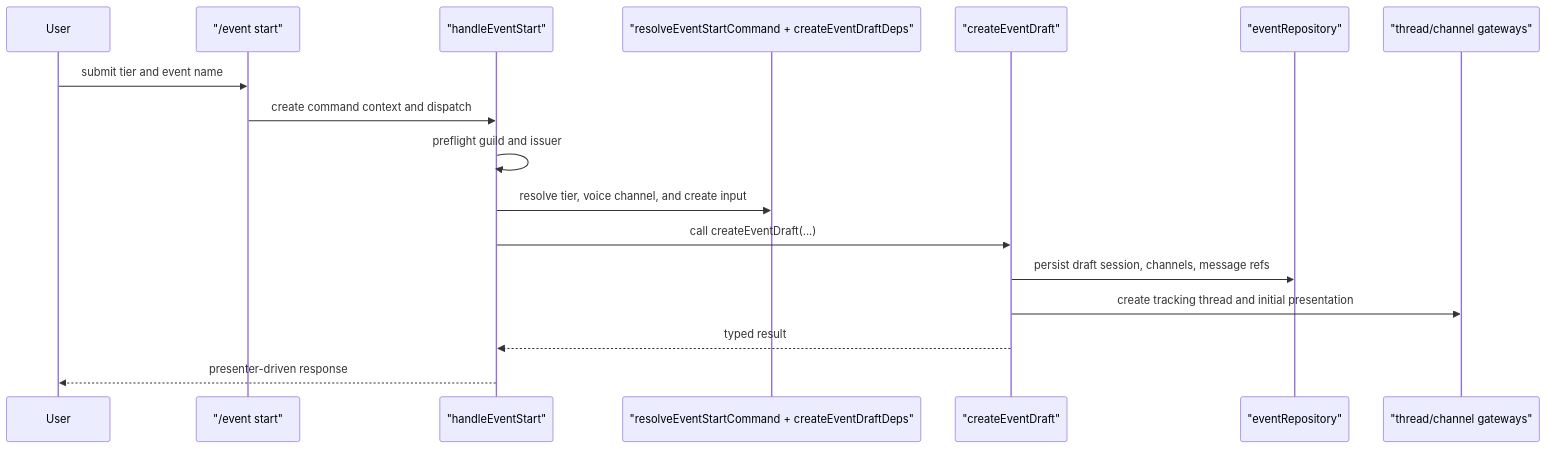
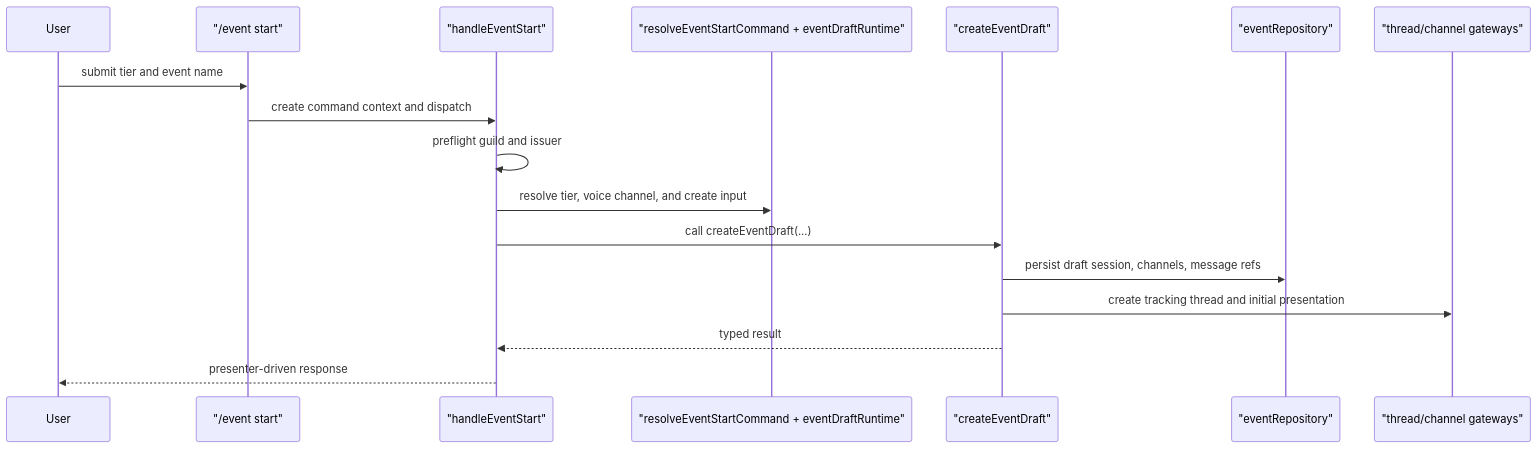
Before and after one commit to EvenLegion/Arbiter: the diagram in website/docs/features/event-session-lifecycle.md, drawn with Mermaid. The commit also changed other lines of this file and 41 other files, not shown here.

````diff
--- a/website/docs/features/event-session-lifecycle.md
+++ b/website/docs/features/event-session-lifecycle.md
@@ -36,20 +36,20 @@
 ```mermaid
 sequenceDiagram
     participant User
     participant Command as "/event start"
     participant Handler as "handleEventStart"
-    participant Adapter as "resolveEventStartCommand + createEventDraftDeps"
+    participant Adapter as "resolveEventStartCommand + eventDraftRuntime"
     participant Service as "createEventDraft"
     participant Repo as "eventRepository"
     participant Discord as "thread/channel gateways"
 
     User->>Command: submit tier and event name
     Command->>Handler: create command context and dispatch
     Handler->>Handler: preflight guild and issuer
     Handler->>Adapter: resolve tier, voice channel, and create input
     Handler->>Service: call createEventDraft(...)
     Service->>Repo: persist draft session, channels, message refs
     Service->>Discord: create tracking thread and initial presentation
     Service-->>Handler: typed result
     Handler-->>User: presenter-driven response
 ```
````
